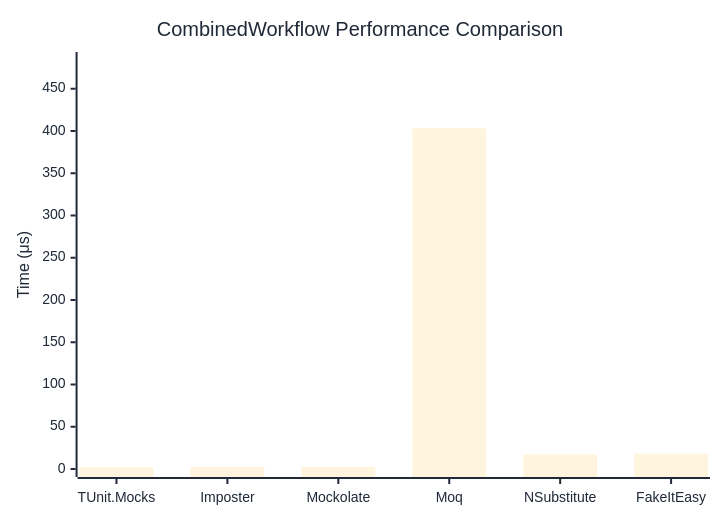
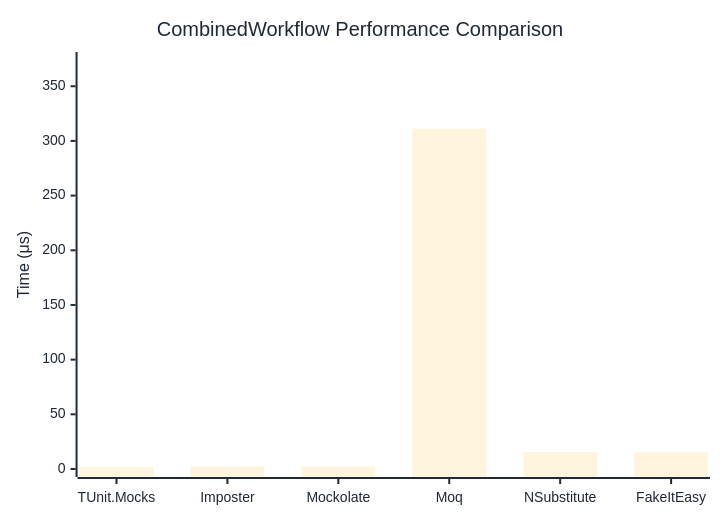
One commit to thomhurst/TUnit changed the diagram in docs/docs/benchmarks/mocks/CombinedWorkflow.md. Above: the diagram before and after it, drawn with Mermaid. The commit also changed other lines of this file and 14 other files, not shown here.

````diff
--- a/docs/docs/benchmarks/mocks/CombinedWorkflow.md
+++ b/docs/docs/benchmarks/mocks/CombinedWorkflow.md
@@ -28,27 +28,27 @@
 ```mermaid
 %%{init: {
   'theme':'base',
   'themeVariables': {
     'primaryColor': '#2563eb',
     'primaryTextColor': '#1f2937',
     'primaryBorderColor': '#1e40af',
     'lineColor': '#6b7280',
     'secondaryColor': '#7c3aed',
     'tertiaryColor': '#dc2626',
     'background': '#ffffff',
     'pie1': '#2563eb',
     'pie2': '#7c3aed',
     'pie3': '#dc2626',
     'pie4': '#f59e0b',
     'pie5': '#10b981',
     'pie6': '#06b6d4',
     'pie7': '#ec4899',
     'pie8': '#6366f1'
   }
 }}%%
 xychart-beta
   title "CombinedWorkflow Performance Comparison"
   x-axis ["TUnit.Mocks", "Imposter", "Mockolate", "Moq", "NSubstitute", "FakeItEasy"]
-  y-axis "Time (μs)" 0 --> 484
-  bar [2.035, 2.746, 2.562, 403.167, 17.244, 18.2]
+  y-axis "Time (μs)" 0 --> 374
+  bar [1.884, 2.472, 2.316, 311.17, 15.487, 15.285]
 ```
````
